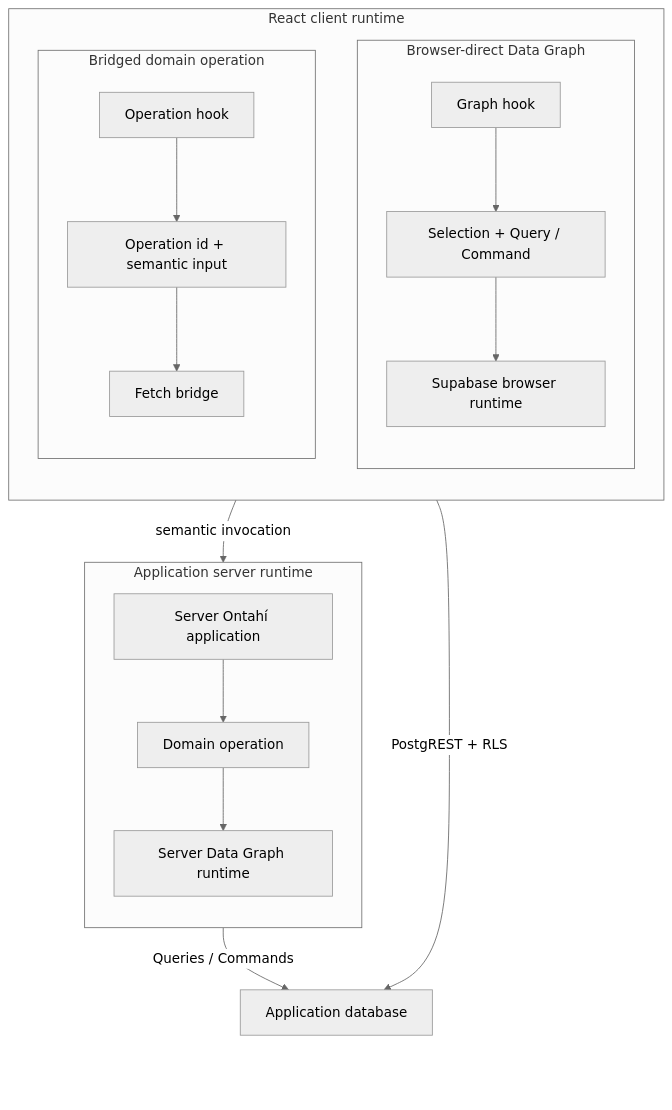
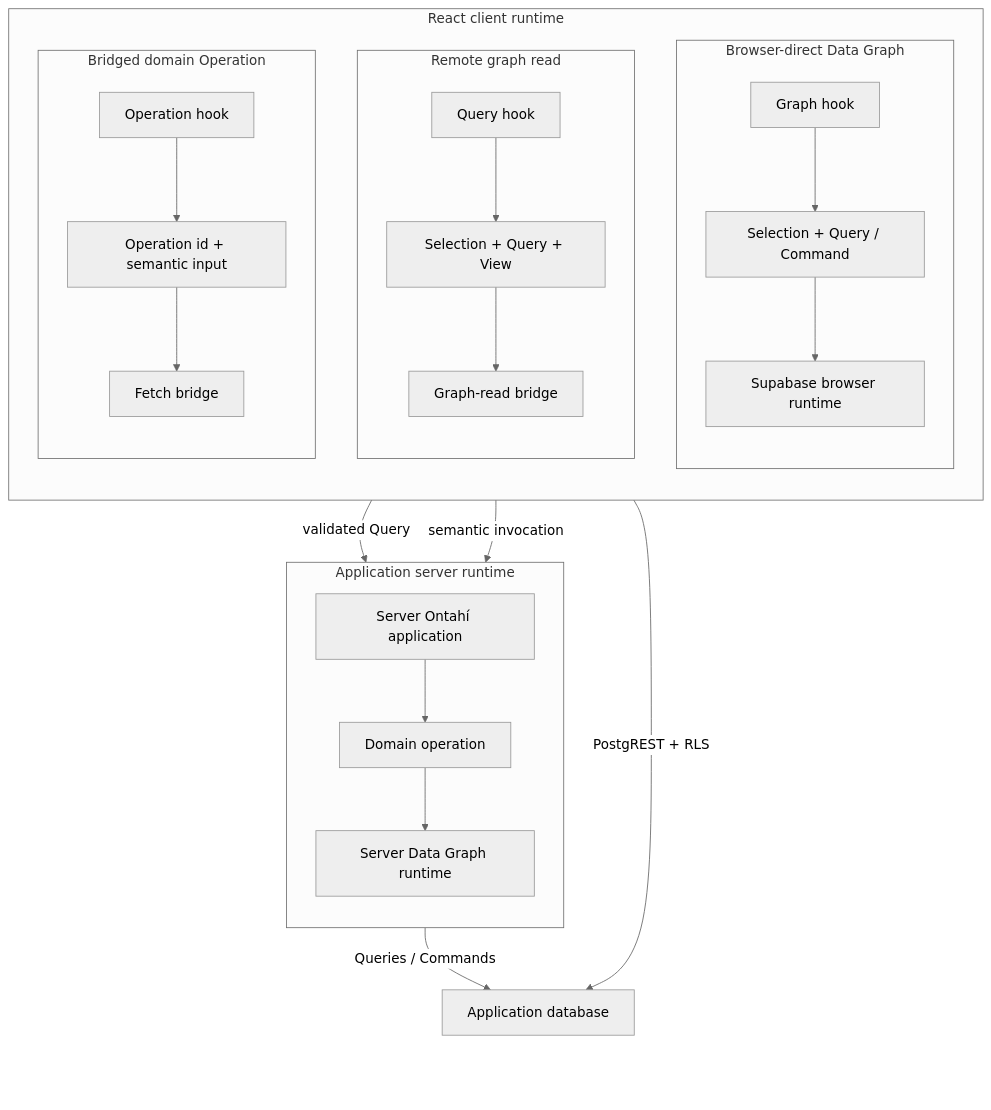
One commit to javifernandes/ontahi-library changed the diagram in library/02-ontahi-for-developers/03-runtimes/03-transport-and-http-ingress.md. Above: the diagram before and after it, drawn with Mermaid (neutral theme). The commit also changed other lines of this file and 9 other files, not shown here.

Commit message:
docs: update developer book for remote graph access

````diff
--- a/library/02-ontahi-for-developers/03-runtimes/03-transport-and-http-ingress.md
+++ b/library/02-ontahi-for-developers/03-runtimes/03-transport-and-http-ingress.md
@@ -92,33 +109,40 @@
 ```mermaid
 flowchart TB
   subgraph Client["React client runtime"]
     direction TB
     subgraph Direct["Browser-direct Data Graph"]
       direction TB
       DirectHook["Graph hook"] --> Plan["Selection + Query / Command"]
       Plan --> BrowserRuntime["Supabase browser runtime"]
     end
 
-    subgraph BridgedClient["Bridged domain operation"]
+    subgraph RemoteRead["Remote graph read"]
+      direction TB
+      QueryHook["Query hook"] --> ReadProgram["Selection + Query + View"]
+      ReadProgram --> ReadBridge["Graph-read bridge"]
+    end
+
+    subgraph BridgedClient["Bridged domain Operation"]
       direction TB
       OperationHook["Operation hook"] --> Intention["Operation id + semantic input"]
       Intention --> Bridge["Fetch bridge"]
     end
   end
 
   subgraph Server["Application server runtime"]
     direction TB
     ServerApp["Server Ontahí application"]
     ServerApp --> DomainOperation["Domain operation"]
     DomainOperation --> ServerRuntime["Server Data Graph runtime"]
   end
 
   Database["Application database"]
   BrowserRuntime -->|"PostgREST + RLS"| Database
+  ReadBridge -->|"validated Query"| ServerRuntime
   Bridge -->|"semantic invocation"| ServerApp
   ServerRuntime -->|"Queries / Commands"| Database
   Database ~~~ DatabaseMargin[" "]
 
   classDef margin fill:transparent,stroke:transparent,color:transparent
   class DatabaseMargin margin
 ```
````
